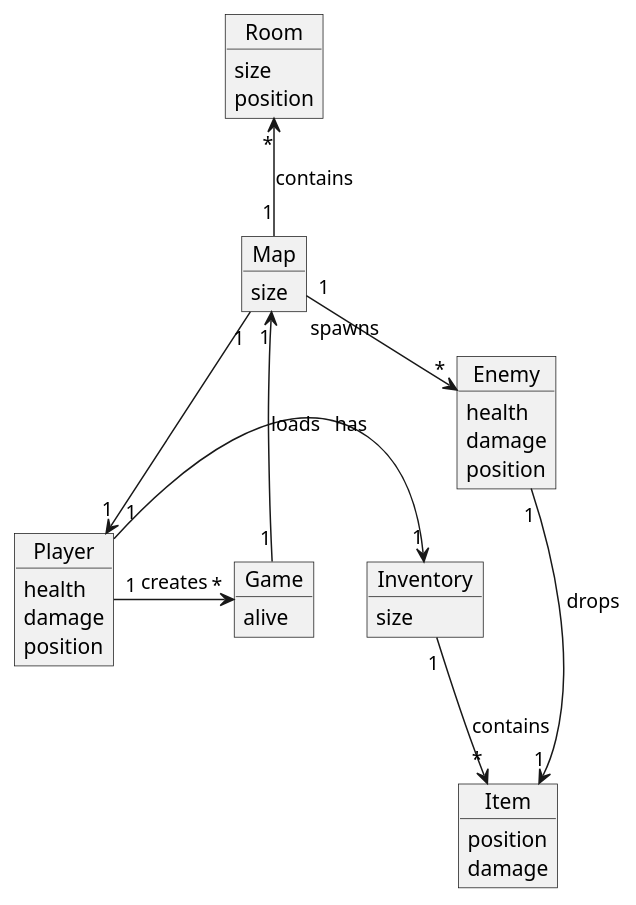
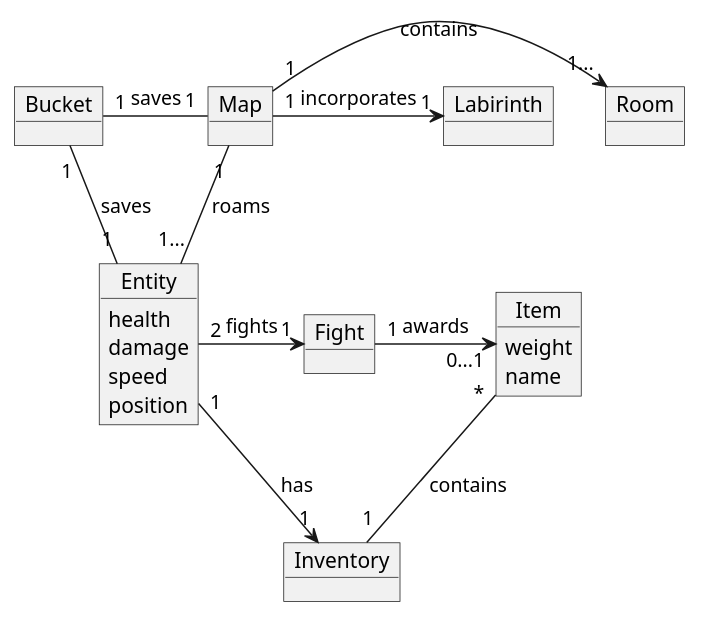
One commit to 1smaa/progettoedids changed the diagram in Domain_model.md. Above: the diagram before and after it, drawn with PlantUML. The commit also changed other lines of this file, not shown here.

````diff
--- a/Domain_model.md
+++ b/Domain_model.md
@@ -7,48 +1,27 @@
-```plantuml
 @startuml
-
-object Player{
+object Entity{
 health
 damage
+speed
 position
 }
-
-object Enemy{
-health
-damage
-position
+object Fight
+object Item{
+weight
+name
 }
-
-object Map{
-size
-}
-
-object Room{
-size
-position
-}
-
-object Item{
-position
-damage
-}
-
-object Game{
-alive
-}
-
-object Inventory{
-size
-}
-
-Player "1" -> "1" Inventory : has
-Player "1" -> "*" Game: creates
-Inventory "1"-down->"*" Item: contains
-Map "1"-down-> "1" Player
-Game "1" -> "1" Map: loads
-Map "1"-up->"*" Room: contains
-Map "1" -> "*" Enemy: spawns
-Enemy "1" -> "1" Item: drops
-
+object Bucket
+object Map
+object Room
+object Labirinth
+object Inventory
+Entity "1"-left>"1" Inventory: has
+Inventory "1"-up-"*" Item : contains
+Map "1"->"1..." Room : contains
+Fight"1"->"0...1" Item: awards
+Entity "2"->"1" Fight: fights
+Entity "1..."-up-"1" Map: roams
+Bucket "1"-"1" Map: saves
+Bucket "1"-"1" Entity: saves
+Map "1"->"1" Labirinth: incorporates
 @enduml
-```
````
